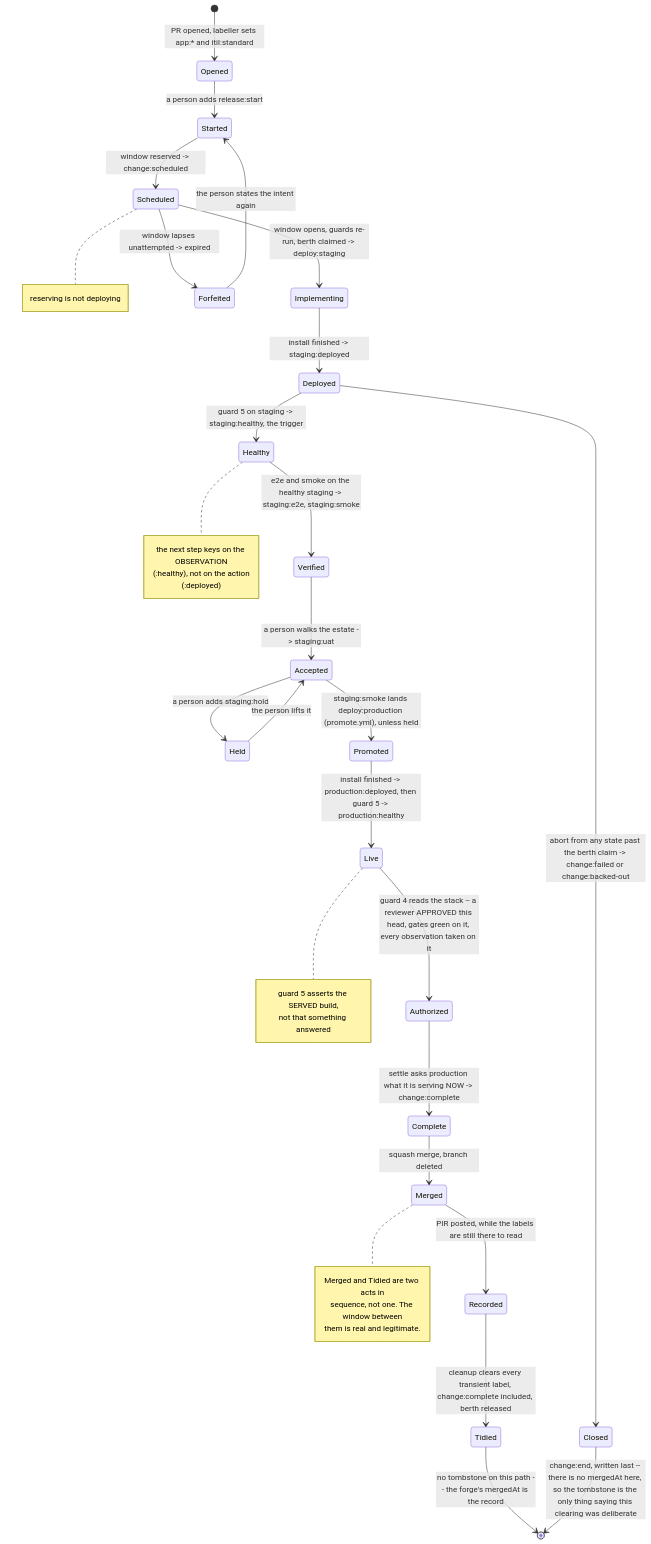
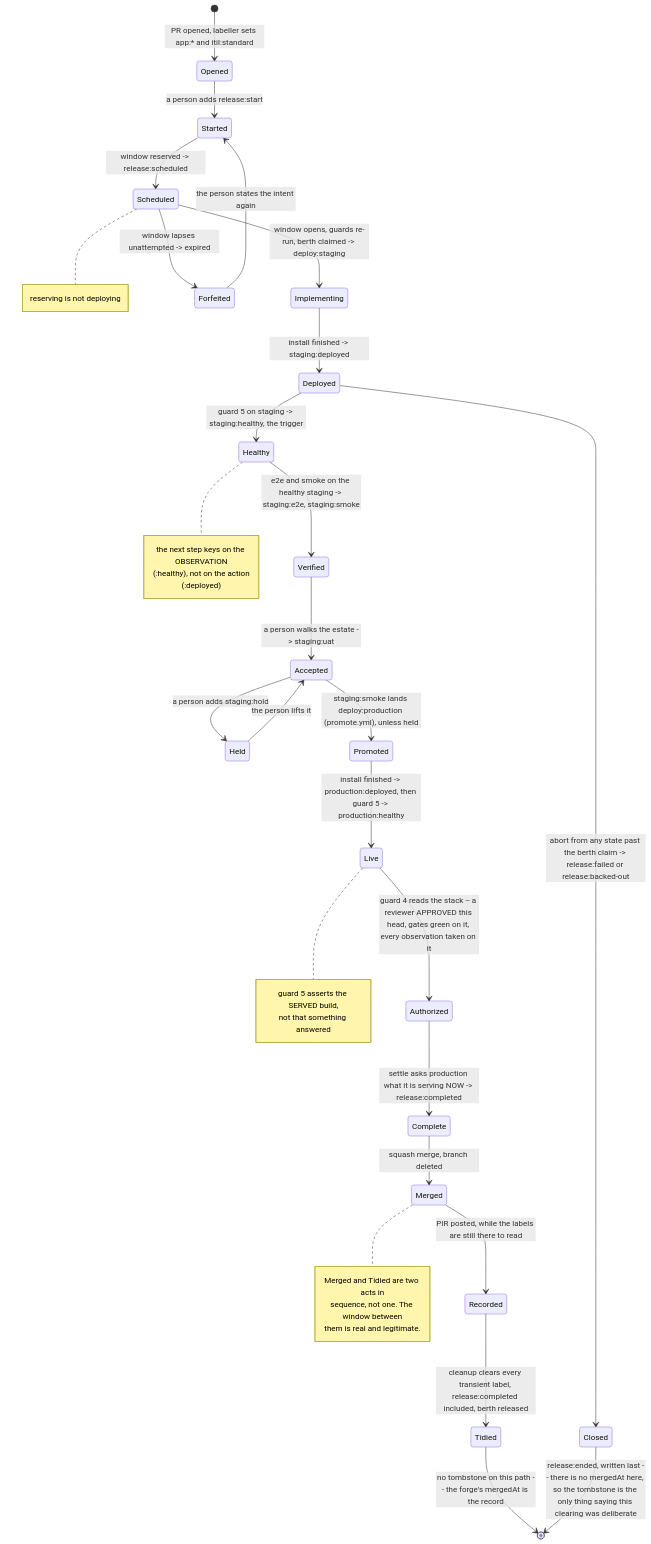
Before and after one commit to aygp-dr/standard-change: the first of 6 diagrams in README.org, drawn with Mermaid. The commit also changed other lines of this file and 39 other files, not shown here.

```diff
--- a/README.org
+++ b/README.org
@@ -48,45 +48,45 @@
 #+begin_src mermaid :eval never-export
 stateDiagram-v2
     direction TB
     [*] --> Opened: PR opened, labeller sets app:* and itil:standard
     Opened --> Started: a person adds release:start
-    Started --> Scheduled: window reserved -> change:scheduled
+    Started --> Scheduled: window reserved -> release:scheduled
     Scheduled --> Implementing: window opens, guards re-run, berth claimed -> deploy:staging
     Scheduled --> Forfeited: window lapses unattempted -> expired
     Implementing --> Deployed: install finished -> staging:deployed
     Deployed --> Healthy: guard 5 on staging -> staging:healthy, the trigger
     Healthy --> Verified: e2e and smoke on the healthy staging -> staging:e2e, staging:smoke
     Verified --> Accepted: a person walks the estate -> staging:uat
     Accepted --> Held: a person adds staging:hold
     Held --> Accepted: the person lifts it
     Accepted --> Promoted: staging:smoke lands deploy:production (promote.yml), unless held
     Promoted --> Live: install finished -> production:deployed, then guard 5 -> production:healthy
     Live --> Authorized: guard 4 reads the stack -- a reviewer APPROVED this head, gates green on it, every observation taken on it
-    Authorized --> Complete: settle asks production what it is serving NOW -> change:complete
+    Authorized --> Complete: settle asks production what it is serving NOW -> release:completed
     Complete --> Merged: squash merge, branch deleted
     Merged --> Recorded: PIR posted, while the labels are still there to read
-    Recorded --> Tidied: cleanup clears every transient label, change:complete included, berth released
+    Recorded --> Tidied: cleanup clears every transient label, release:completed included, berth released
     Tidied --> [*]: no tombstone on this path -- the forge's mergedAt is the record
     Forfeited --> Started: the person states the intent again
 
-    Deployed --> Closed: abort from any state past the berth claim -> change:failed or change:backed-out
-    Closed --> [*]: change:end, written last -- there is no mergedAt here, so the tombstone is the only thing saying this clearing was deliberate
+    Deployed --> Closed: abort from any state past the berth claim -> release:failed or release:backed-out
+    Closed --> [*]: release:ended, written last -- there is no mergedAt here, so the tombstone is the only thing saying this clearing was deliberate
 
     note right of Scheduled
         reserving is not deploying
     end note
     note right of Healthy
         the next step keys on the OBSERVATION
         (<env>:healthy), not on the action
         (<env>:deployed)
     end note
     note right of Live
         guard 5 asserts the SERVED build,
         not that something answered
     end note
     note right of Merged
         Merged and Tidied are two acts in
         sequence, not one. The window between
         them is real and legitimate.
     end note
 #+end_src
```
